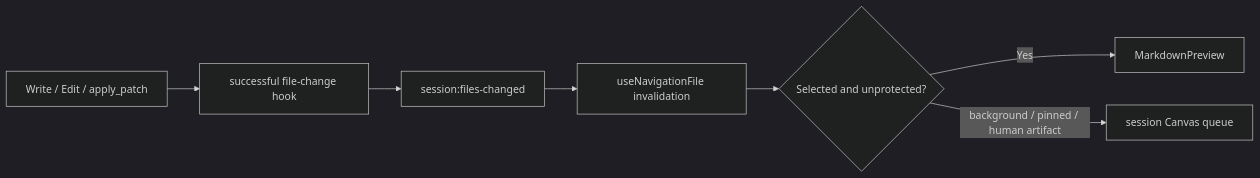
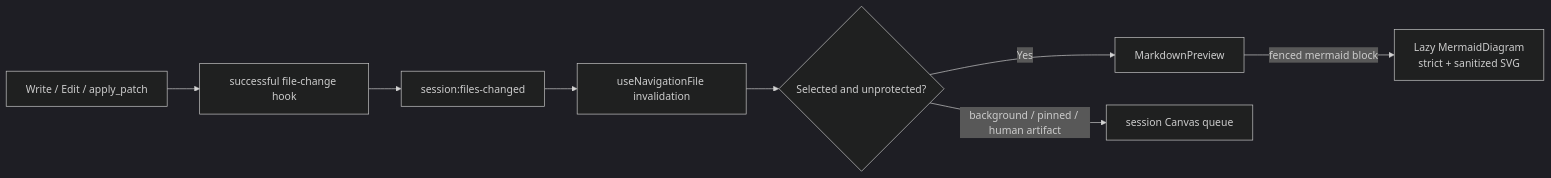
Before and after one commit to Nahom-Kefelegne/AgentMatrix: the ninth of 9 diagrams in docs/design/repository-flow-map.md, drawn with Mermaid (dark theme). The commit also changed other lines of this file and 9 other files, not shown here.

First line of the commit message:
Render Mermaid diagrams in Markdown Canvas

````diff
--- a/docs/design/repository-flow-map.md
+++ b/docs/design/repository-flow-map.md
@@ -255,14 +255,16 @@
 ```mermaid
 flowchart LR
     Tool["Write / Edit / apply_patch"]
     Hook["successful file-change hook"]
     Event["session:files-changed"]
     Cache["useNavigationFile invalidation"]
     Policy{"Selected and unprotected?"}
     Preview["MarkdownPreview"]
+    Mermaid["Lazy MermaidDiagram<br/>strict + sanitized SVG"]
     Queue["session Canvas queue"]
 
     Tool --> Hook --> Event --> Cache --> Policy
     Policy -- Yes --> Preview
     Policy -- "background / pinned / human artifact" --> Queue
+    Preview -- "fenced mermaid block" --> Mermaid
 ```
````
